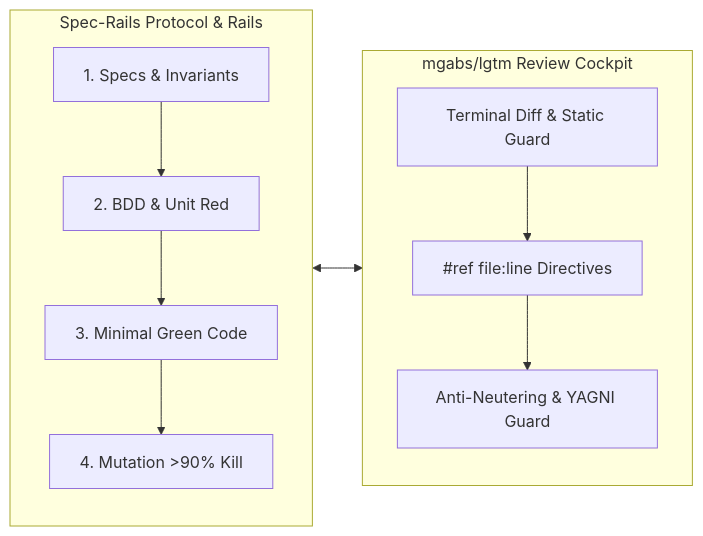
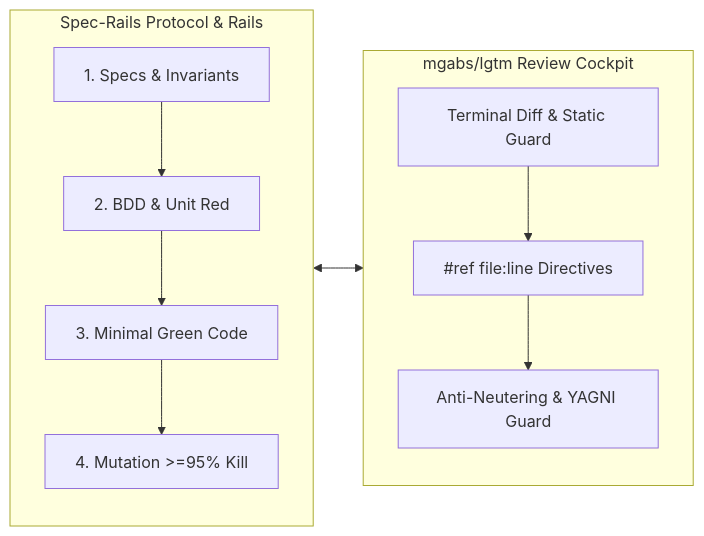
The diagram in README.md (mgabs/spec-rails), drawn with Mermaid before and after one commit. The commit also changed other lines of this file and 9 other files, not shown here.

````diff
--- a/README.md
+++ b/README.md
@@ -13,15 +13,15 @@
 ```mermaid
 flowchart LR
     subgraph SPEC_RAILS_Protocol [Spec-Rails Protocol & Rails]
         Specs[1. Specs & Invariants] --> RedTest[2. BDD & Unit Red]
         RedTest --> Green[3. Minimal Green Code]
-        Green --> Mutation["4. Mutation >90% Kill"]
+        Green --> Mutation["4. Mutation >=95% Kill"]
     end
 
     subgraph LGTM_Harness [mgabs/lgtm Review Cockpit]
         TUI[Terminal Diff & Static Guard] --> Directives["#ref file:line Directives"]
         Directives --> AntiFraud[Anti-Neutering & YAGNI Guard]
     end
 
     SPEC_RAILS_Protocol <--> LGTM_Harness
 ```
````
